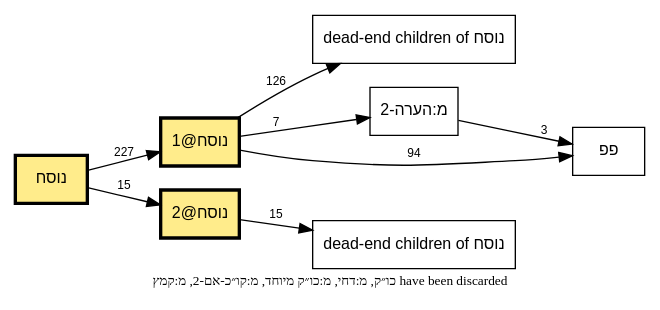
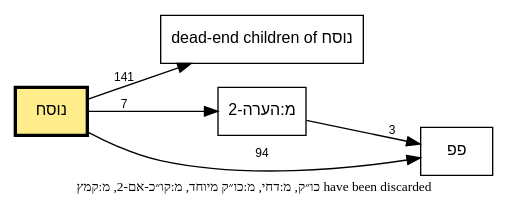
The diagram in out/tmpl-survey-plus/plus-docnote-call-graph-c.dot (bdenckla/MAM-basics), drawn with Graphviz before and after one commit. The commit also changed 22 other files, not shown here.

```diff
--- a/out/tmpl-survey-plus/plus-docnote-call-graph-c.dot
+++ b/out/tmpl-survey-plus/plus-docnote-call-graph-c.dot
@@ -1,35 +1,30 @@
 // This file was generated by MAM-basics/py/main_tmpl_survey.py.
 // Do not edit by hand.
 digraph template_call_graph {
     rankdir=LR;
     node [fontname="SBL Hebrew,Helvetica", fontsize=12];
     edge [fontname="Helvetica", fontsize=9];
     graph [comment="This file was generated by MAM-basics/py/main_tmpl_survey.py."];
 
     // Template nodes
     node [shape=box, style=""];
     "dead-end children of נוסח" [tooltip="מ:אין פרשה בתחילת פרק
 מ:אין פרשה בתחילת פרק בספרי אמ״ת
+מ:קישור בהערה
 סס
 ססס
 פפפ
 ר1
-ר4"];
-    "dead-end children of נוסח (2)" [label="dead-end children of נוסח", tooltip="מ:קישור בהערה
+ר4
 ש"];
     "נוסח" [fillcolor="lightgoldenrod1", style="filled", penwidth=2.5];
-    "נוסח@1" [fillcolor="lightgoldenrod1", style="filled", penwidth=2.5];
-    "נוסח@2" [fillcolor="lightgoldenrod1", style="filled", penwidth=2.5];
 
     // Note
     graph [label="כו״ק, מ:דחי, מ:כו״ק מיוחד, מ:קו״כ-אם-2, מ:קמץ have been discarded", labelloc=b, fontsize=10];
 
     // Edges
     "מ:הערה-2" -> "פפ" [label="3"];
-    "נוסח" -> "נוסח@1" [label="227"];
-    "נוסח" -> "נוסח@2" [label="15"];
-    "נוסח@1" -> "dead-end children of נוסח" [label="126"];
-    "נוסח@1" -> "מ:הערה-2" [label="7"];
-    "נוסח@1" -> "פפ" [label="94"];
-    "נוסח@2" -> "dead-end children of נוסח (2)" [label="15"];
+    "נוסח" -> "dead-end children of נוסח" [label="141"];
+    "נוסח" -> "מ:הערה-2" [label="7"];
+    "נוסח" -> "פפ" [label="94"];
 }
```
